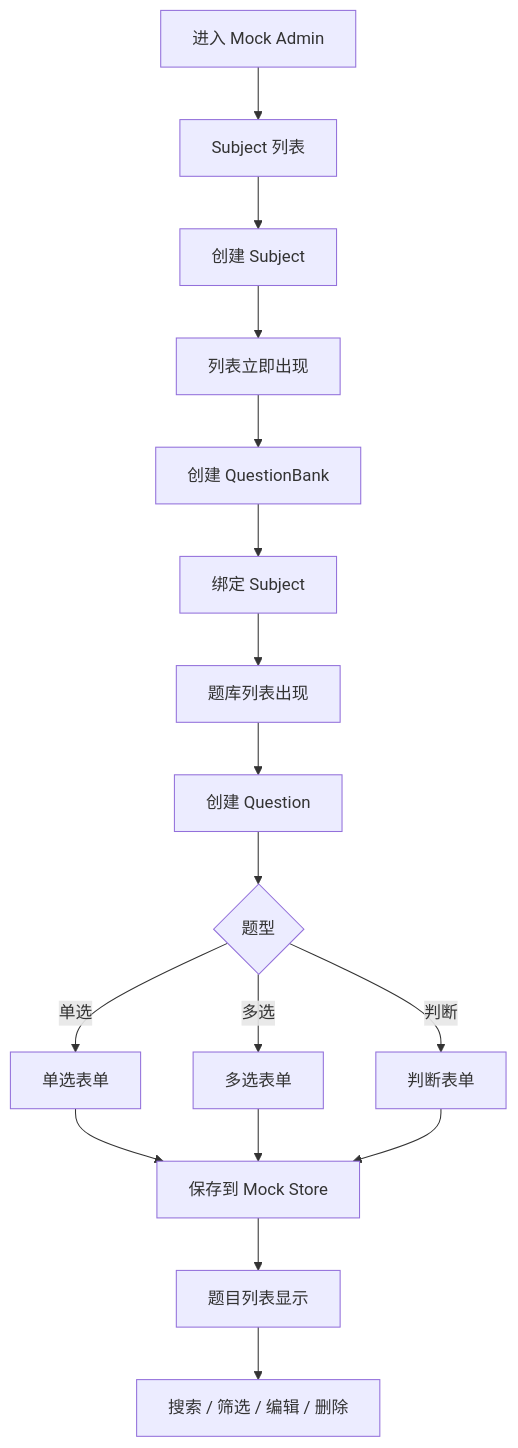
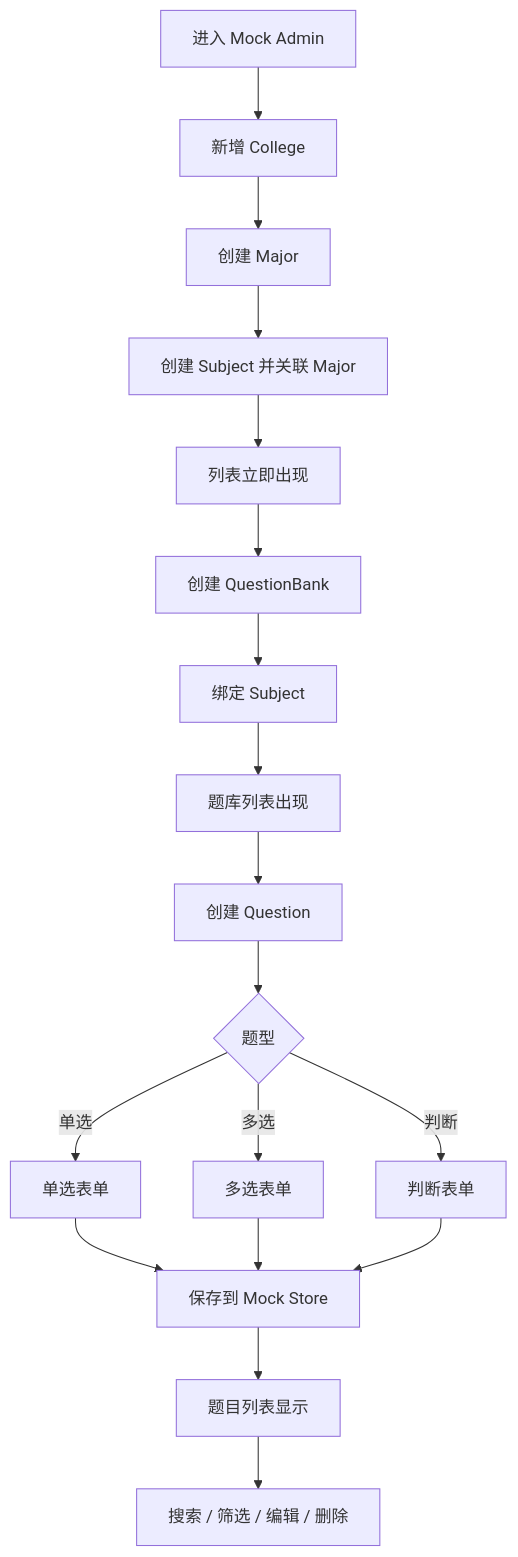
Before and after one commit to zhouycheng/QandA: the diagram in docs/prd/admin-mvp.md, drawn with Mermaid. The commit also changed other lines of this file and 68 other files, not shown here.

````diff
--- a/docs/prd/admin-mvp.md
+++ b/docs/prd/admin-mvp.md
@@ -142,19 +183,20 @@
 ```mermaid
 flowchart TD
-    A[进入 Mock Admin] --> B[Subject 列表]
-    B --> C[创建 Subject]
+    A[进入 Mock Admin] --> P[新增 College]
+    P --> B[创建 Major]
+    B --> C[创建 Subject 并关联 Major]
     C --> D[列表立即出现]
     D --> E[创建 QuestionBank]
     E --> F[绑定 Subject]
     F --> G[题库列表出现]
     G --> H[创建 Question]
     H --> I{题型}
     I -->|单选| J[单选表单]
     I -->|多选| K[多选表单]
     I -->|判断| L[判断表单]
     J --> M[保存到 Mock Store]
     K --> M
     L --> M
     M --> N[题目列表显示]
     N --> O[搜索 / 筛选 / 编辑 / 删除]
 ```
````
